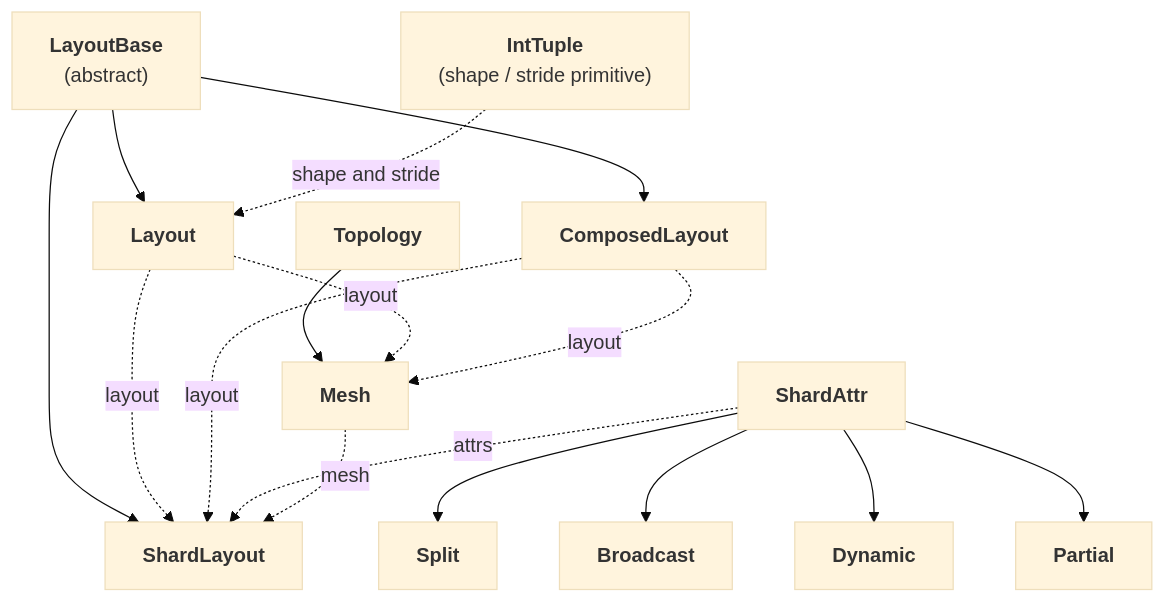
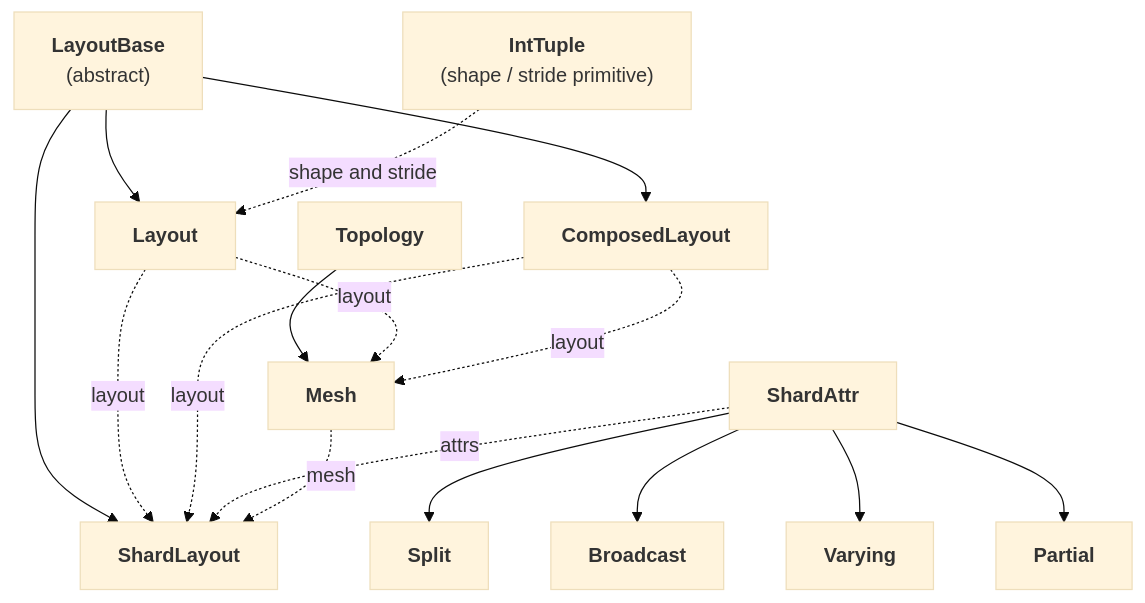
Before and after one commit to tile-ai/TileFoundry: the diagram in docs/spec/shard.md, drawn with Mermaid (base theme). The commit also changed other lines of this file and 63 other files, not shown here.

````diff
--- a/docs/spec/shard.md
+++ b/docs/spec/shard.md
@@ -3,38 +3,38 @@
 ```mermaid
 flowchart TB
     LayoutBase["<b>LayoutBase</b><br/>(abstract)"]
     Layout["<b>Layout</b>"]
     ComposedLayout["<b>ComposedLayout</b>"]
     ShardLayout["<b>ShardLayout</b>"]
 
     IntTuple["<b>IntTuple</b><br/>(shape / stride primitive)"]
 
     Topology["<b>Topology</b>"]
     Mesh["<b>Mesh</b>"]
 
     ShardAttr["<b>ShardAttr</b>"]
     Split["<b>Split</b>"]
     Broadcast["<b>Broadcast</b>"]
-    Dynamic["<b>Dynamic</b>"]
+    Varying["<b>Varying</b>"]
     Partial["<b>Partial</b>"]
 
     LayoutBase --> Layout
     LayoutBase --> ComposedLayout
     LayoutBase --> ShardLayout
 
     IntTuple -. shape and stride .-> Layout
 
     Topology --> Mesh
     Layout -. layout .-> Mesh
     ComposedLayout -. layout .-> Mesh
 
     ShardAttr --> Split
     ShardAttr --> Broadcast
-    ShardAttr --> Dynamic
+    ShardAttr --> Varying
     ShardAttr --> Partial
 
     Layout -. layout .-> ShardLayout
     ComposedLayout -. layout .-> ShardLayout
     ShardAttr -. attrs .-> ShardLayout
     Mesh -. mesh .-> ShardLayout
 ```
````
